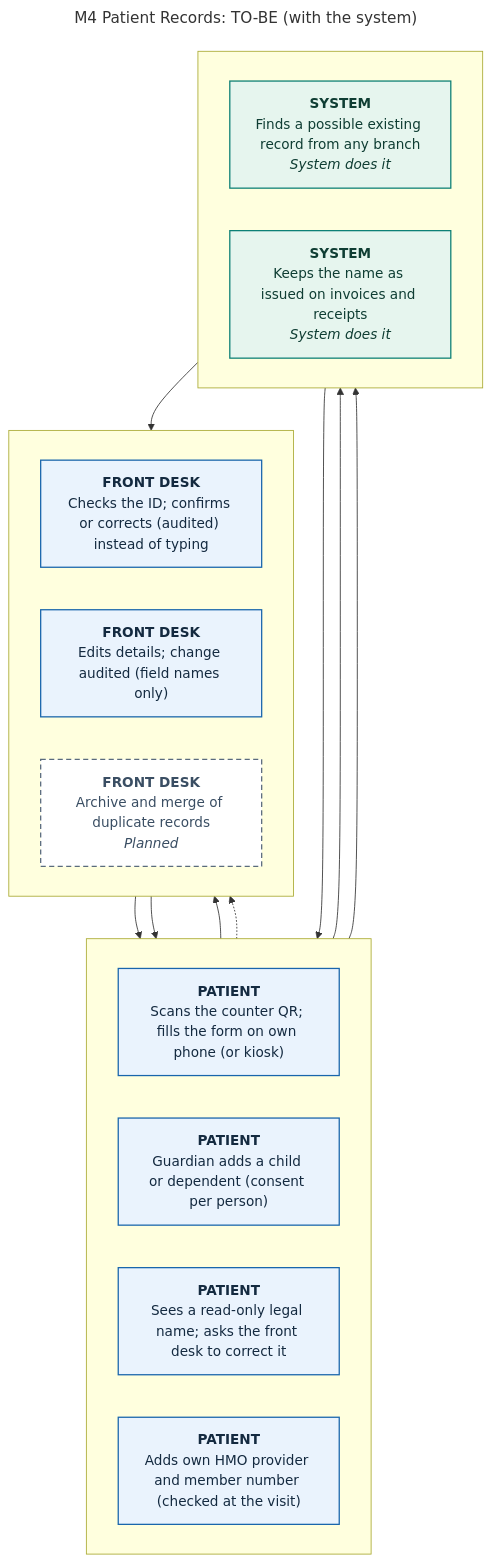
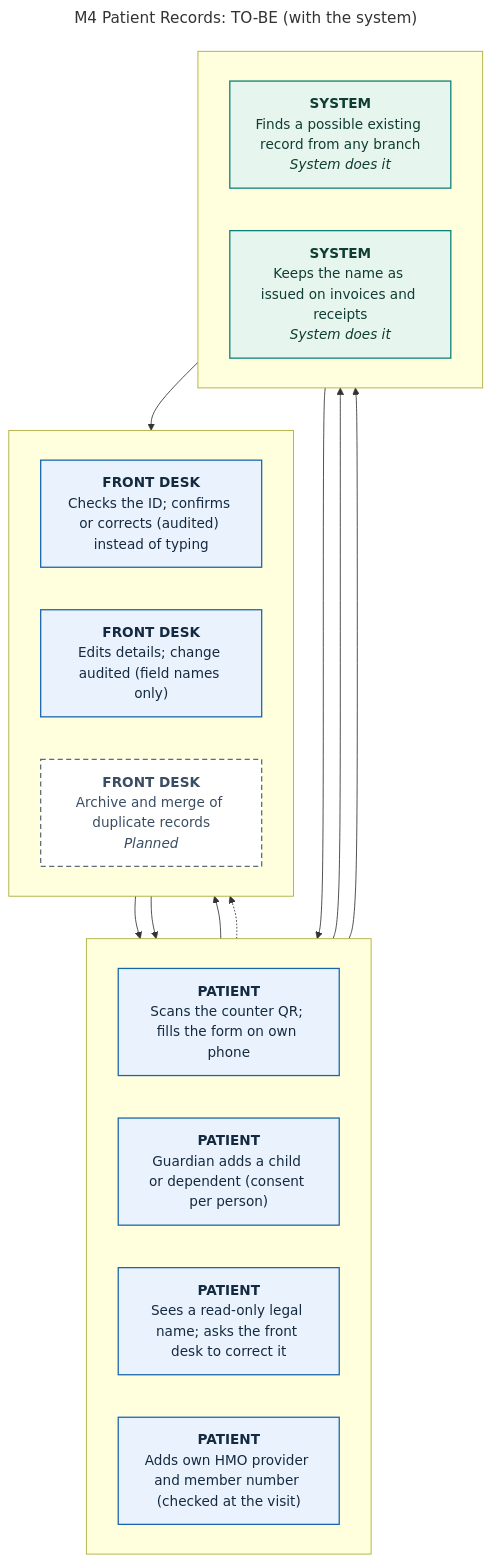
One commit to 0phem/multibranch-dental-clinic changed the diagram in docs/defense/diagrams/M4-patient-records-to-be.mmd. Above: the diagram before and after it, drawn with Mermaid. The commit also changed 74 other files, not shown here.

```diff
--- a/docs/defense/diagrams/M4-patient-records-to-be.mmd
+++ b/docs/defense/diagrams/M4-patient-records-to-be.mmd
@@ -1,36 +1,36 @@
 ---
 title: "M4 Patient Records: TO-BE (with the system)"
 ---
 flowchart TB
     subgraph L0[" "]
     direction LR
-      S0["<b>PATIENT</b><br/>Scans the counter QR; fills the form on own phone (or kiosk)"]:::manual
+      S0["<b>PATIENT</b><br/>Scans the counter QR; fills the form on own phone"]:::manual
       S3["<b>PATIENT</b><br/>Guardian adds a child or dependent (consent per person)"]:::manual
       S5["<b>PATIENT</b><br/>Sees a read-only legal name; asks the front desk to correct it"]:::manual
       S7["<b>PATIENT</b><br/>Adds own HMO provider and member number (checked at the visit)"]:::manual
     end
     subgraph L1[" "]
     direction LR
       S2["<b>FRONT DESK</b><br/>Checks the ID; confirms or corrects (audited) instead of typing"]:::manual
       S4["<b>FRONT DESK</b><br/>Edits details; change audited (field names only)"]:::manual
       S8["<b>FRONT DESK</b><br/>Archive and merge of duplicate records<br/><i>Planned</i>"]:::planned
     end
     subgraph L4[" "]
     direction LR
       S1["<b>SYSTEM</b><br/>Finds a possible existing record from any branch<br/><i>System does it</i>"]:::auto
       S6["<b>SYSTEM</b><br/>Keeps the name as issued on invoices and receipts<br/><i>System does it</i>"]:::auto
     end
     S0 --> S1
     S1 --> S2
     S2 --> S3
     S3 --> S4
     S4 --> S5
     S5 --> S6
     S6 --> S7
     S7 -.-> S8
     classDef cited fill:#eaf3fd,stroke:#1865ac,color:#142a40,stroke-width:1.5px
     classDef confirm fill:#fffaf0,stroke:#b26a00,color:#5e3c00,stroke-width:1.5px,stroke-dasharray:6 4
     classDef auto fill:#e6f5ee,stroke:#0c7f75,color:#0f3d33,stroke-width:1.5px
     classDef manual fill:#eaf3fd,stroke:#1865ac,color:#142a40,stroke-width:1.5px
     classDef mock fill:#f3f5f7,stroke:#5a6b7d,color:#3a4e63,stroke-width:1.5px,stroke-dasharray:3 3
     classDef planned fill:#ffffff,stroke:#5a6b7d,color:#3a4e63,stroke-width:1.5px,stroke-dasharray:6 4
```
